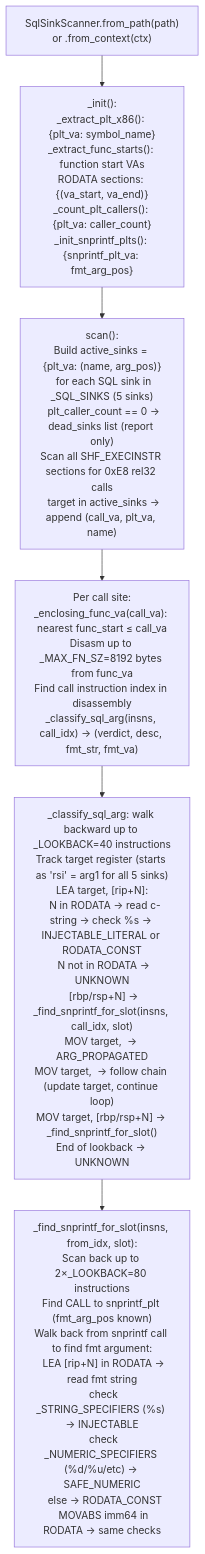
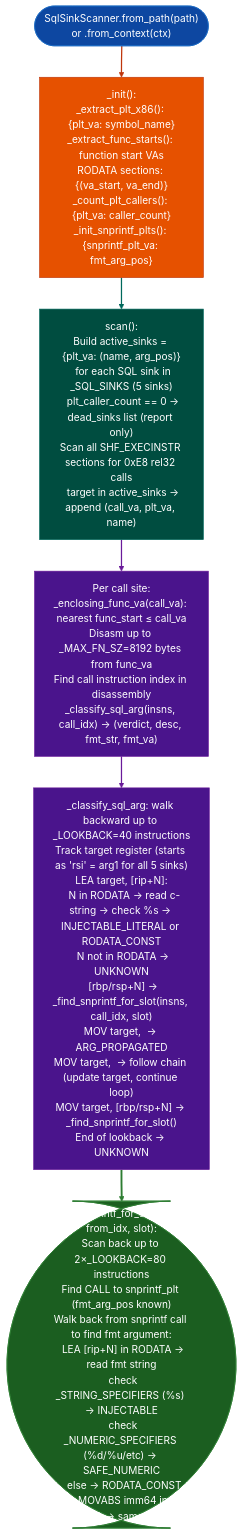
The diagram in docs/reference-modules/sql-injection-scanner.md (Ablation-Tool/ablation), drawn with Mermaid before and after one commit. The commit also changed 320 other files, not shown here.

First line of the commit message:
docs: apply canonical Mermaid template to all 321 diagrams

````diff
--- a/docs/reference-modules/sql-injection-scanner.md
+++ b/docs/reference-modules/sql-injection-scanner.md
@@ -19,8 +19,19 @@
 ```mermaid
 flowchart TD
-    A["SqlSinkScanner.from_path(path)\nor .from_context(ctx)"] --> B["_init():\n_extract_plt_x86(): {plt_va: symbol_name}\n_extract_func_starts(): function start VAs\nRODATA sections: {(va_start, va_end)}\n_count_plt_callers(): {plt_va: caller_count}\n_init_snprintf_plts(): {snprintf_plt_va: fmt_arg_pos}"]
-    B --> C["scan():\nBuild active_sinks = {plt_va: (name, arg_pos)}\n  for each SQL sink in _SQL_SINKS (5 sinks)\n  plt_caller_count == 0 → dead_sinks list (report only)\nScan all SHF_EXECINSTR sections for 0xE8 rel32 calls\n  target in active_sinks → append (call_va, plt_va, name)"]
-    C --> D["Per call site:\n_enclosing_func_va(call_va): nearest func_start ≤ call_va\nDisasm up to _MAX_FN_SZ=8192 bytes from func_va\nFind call instruction index in disassembly\n_classify_sql_arg(insns, call_idx) → (verdict, desc, fmt_str, fmt_va)"]
-    D --> E["_classify_sql_arg: walk backward up to _LOOKBACK=40 instructions\nTrack target register (starts as 'rsi' = arg1 for all 5 sinks)\nLEA target, [rip+N]:\n  N in RODATA → read c-string → check %s → INJECTABLE_LITERAL or RODATA_CONST\n  N not in RODATA → UNKNOWN\n  [rbp/rsp+N] → _find_snprintf_for_slot(insns, call_idx, slot)\nMOV target, <entry_reg> → ARG_PROPAGATED\nMOV target, <other_reg> → follow chain (update target, continue loop)\nMOV target, [rbp/rsp+N] → _find_snprintf_for_slot()\nEnd of lookback → UNKNOWN"]
-    E --> F["_find_snprintf_for_slot(insns, from_idx, slot):\nScan back up to 2×_LOOKBACK=80 instructions\nFind CALL to snprintf_plt (fmt_arg_pos known)\nWalk back from snprintf call to find fmt argument:\n  LEA [rip+N] in RODATA → read fmt string\n  check _STRING_SPECIFIERS (%s) → INJECTABLE\n  check _NUMERIC_SPECIFIERS (%d/%u/etc) → SAFE_NUMERIC\n  else → RODATA_CONST\n  MOVABS imm64 in RODATA → same checks"]
+    A(["SqlSinkScanner.from_path(path)\nor .from_context(ctx)"]):::input --> B["_init():\n_extract_plt_x86(): {plt_va: symbol_name}\n_extract_func_starts(): function start VAs\nRODATA sections: {(va_start, va_end)}\n_count_plt_callers(): {plt_va: caller_count}\n_init_snprintf_plts(): {snprintf_plt_va: fmt_arg_pos}"]:::primary
+    B:::primary --> C["scan():\nBuild active_sinks = {plt_va: (name, arg_pos)}\n  for each SQL sink in _SQL_SINKS (5 sinks)\n  plt_caller_count == 0 → dead_sinks list (report only)\nScan all SHF_EXECINSTR sections for 0xE8 rel32 calls\n  target in active_sinks → append (call_va, plt_va, name)"]:::secondary
+    C:::secondary --> D["Per call site:\n_enclosing_func_va(call_va): nearest func_start ≤ call_va\nDisasm up to _MAX_FN_SZ=8192 bytes from func_va\nFind call instruction index in disassembly\n_classify_sql_arg(insns, call_idx) → (verdict, desc, fmt_str, fmt_va)"]:::tertiary
+    D:::tertiary --> E["_classify_sql_arg: walk backward up to _LOOKBACK=40 instructions\nTrack target register (starts as 'rsi' = arg1 for all 5 sinks)\nLEA target, [rip+N]:\n  N in RODATA → read c-string → check %s → INJECTABLE_LITERAL or RODATA_CONST\n  N not in RODATA → UNKNOWN\n  [rbp/rsp+N] → _find_snprintf_for_slot(insns, call_idx, slot)\nMOV target, <entry_reg> → ARG_PROPAGATED\nMOV target, <other_reg> → follow chain (update target, continue loop)\nMOV target, [rbp/rsp+N] → _find_snprintf_for_slot()\nEnd of lookback → UNKNOWN"]:::tertiary
+    E:::tertiary --> F(["_find_snprintf_for_slot(insns, from_idx, slot):\nScan back up to 2×_LOOKBACK=80 instructions\nFind CALL to snprintf_plt (fmt_arg_pos known)\nWalk back from snprintf call to find fmt argument:\n  LEA [rip+N] in RODATA → read fmt string\n  check _STRING_SPECIFIERS (%s) → INJECTABLE\n  check _NUMERIC_SPECIFIERS (%d/%u/etc) → SAFE_NUMERIC\n  else → RODATA_CONST\n  MOVABS imm64 in RODATA → same checks"]):::output
+    classDef input     fill:#0d47a1,stroke:#1565c0,color:#fff
+    classDef primary   fill:#e65100,stroke:#bf360c,color:#fff
+    classDef secondary fill:#004d40,stroke:#00695c,color:#fff
+    classDef tertiary  fill:#4a148c,stroke:#6a1b9a,color:#fff
+    classDef neutral   fill:#37474f,stroke:#546e7a,color:#fff
+    classDef output    fill:#1b5e20,stroke:#2e7d32,color:#fff
+    linkStyle 0 stroke:#bf360c,stroke-width:2px
+    linkStyle 1 stroke:#00695c,stroke-width:2px
+    linkStyle 2 stroke:#6a1b9a,stroke-width:2px
+    linkStyle 3 stroke:#6a1b9a,stroke-width:2px
+    linkStyle 4 stroke:#2e7d32,stroke-width:3px
 ```
````
